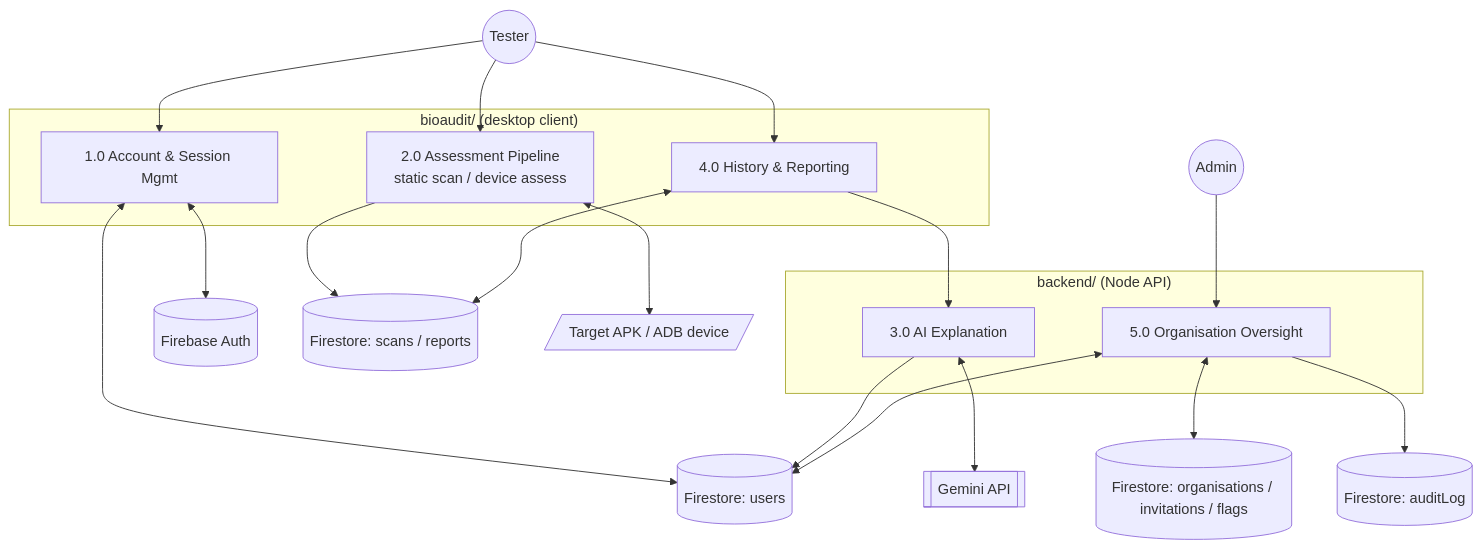
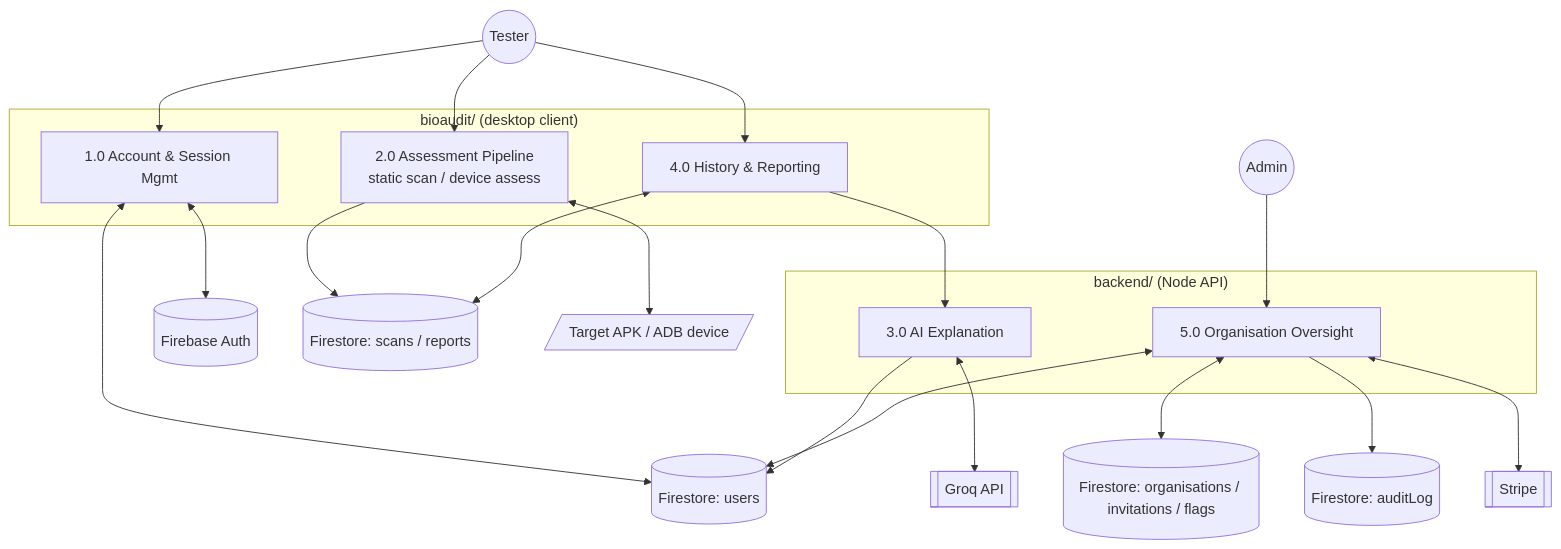
One commit to FYP-UOW-2026/Final_Year_Project changed the third of 10 diagrams in backend/docs/TDM-technical-design-manual.md. Above: the diagram before and after it, drawn with Mermaid. The commit also changed other lines of this file and 9 other files, not shown here.

````diff
--- a/backend/docs/TDM-technical-design-manual.md
+++ b/backend/docs/TDM-technical-design-manual.md
@@ -91,40 +99,42 @@
 ```mermaid
 flowchart TD
     subgraph Client["bioaudit/ (desktop client)"]
         P1[1.0 Account & Session Mgmt]
         P2[2.0 Assessment Pipeline<br/>static scan / device assess]
         P4[4.0 History & Reporting]
     end
 
     subgraph Server["backend/ (Node API)"]
         P3[3.0 AI Explanation]
         P5[5.0 Organisation Oversight]
     end
 
     D1[(Firebase Auth)]
     D2[(Firestore: users)]
     D3[(Firestore: scans / reports)]
     D4[(Firestore: organisations / invitations / flags)]
     D5[(Firestore: auditLog)]
     EXT1[/Target APK / ADB device/]
-    EXT2[[Gemini API]]
+    EXT2[[Groq API]]
+    EXT3[[Stripe]]
 
     Tester((Tester)) --> P1
     P1 <--> D1
     P1 <--> D2
 
     Tester --> P2
     P2 <--> EXT1
     P2 --> D3
 
     Tester --> P4
     P4 <--> D3
     P4 --> P3
     P3 <--> EXT2
     P3 --> D2
 
     Admin((Admin)) --> P5
     P5 <--> D4
     P5 <--> D2
     P5 --> D5
+    P5 <--> EXT3
 ```
````
